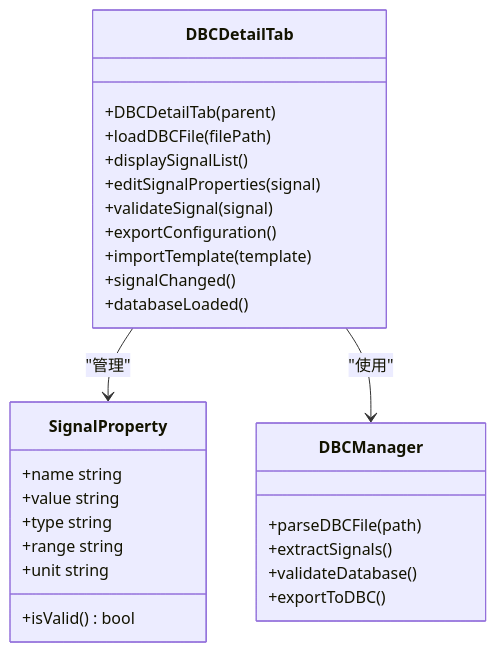
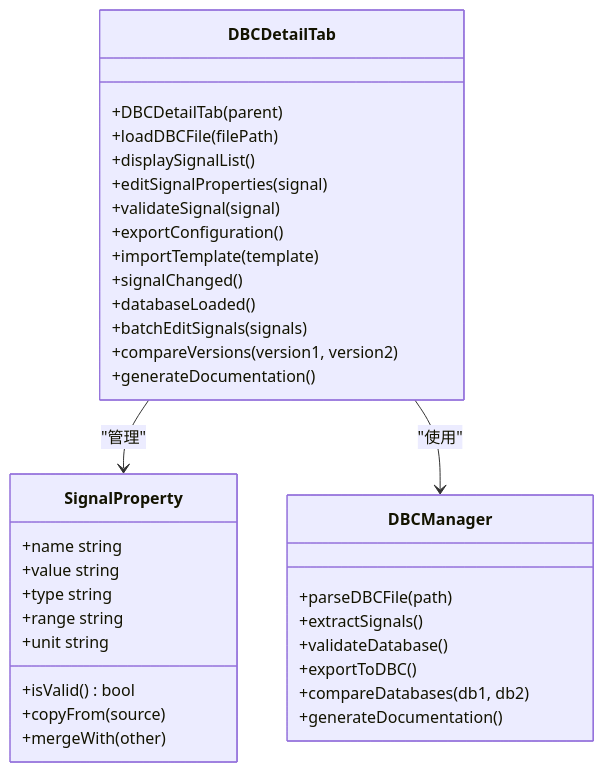
One commit to jakecai1225-design/OpenBus changed diagram 11 of 15 in .qoder/repowiki/zh/content/架构设计/UI系统设计/UI系统设计.md. Above: the diagram before and after it, drawn with Mermaid. The commit also changed other lines of this file and 215 other files, not shown here.

````diff
--- a/.qoder/repowiki/zh/content/架构设计/UI系统设计/UI系统设计.md
+++ b/.qoder/repowiki/zh/content/架构设计/UI系统设计/UI系统设计.md
@@ -861,30 +705,37 @@
 ```mermaid
 classDiagram
 class DBCDetailTab {
 +DBCDetailTab(parent)
 +loadDBCFile(filePath)
 +displaySignalList()
 +editSignalProperties(signal)
 +validateSignal(signal)
 +exportConfiguration()
 +importTemplate(template)
 +signalChanged()
 +databaseLoaded()
++batchEditSignals(signals)
++compareVersions(version1, version2)
++generateDocumentation()
 }
 class SignalProperty {
 +name string
 +value string
 +type string
 +range string
 +unit string
 +isValid() bool
++copyFrom(source)
++mergeWith(other)
 }
 class DBCManager {
 +parseDBCFile(path)
 +extractSignals()
 +validateDatabase()
 +exportToDBC()
++compareDatabases(db1, db2)
++generateDocumentation()
 }
 DBCDetailTab --> SignalProperty : "管理"
 DBCDetailTab --> DBCManager : "使用"
 ```
````
